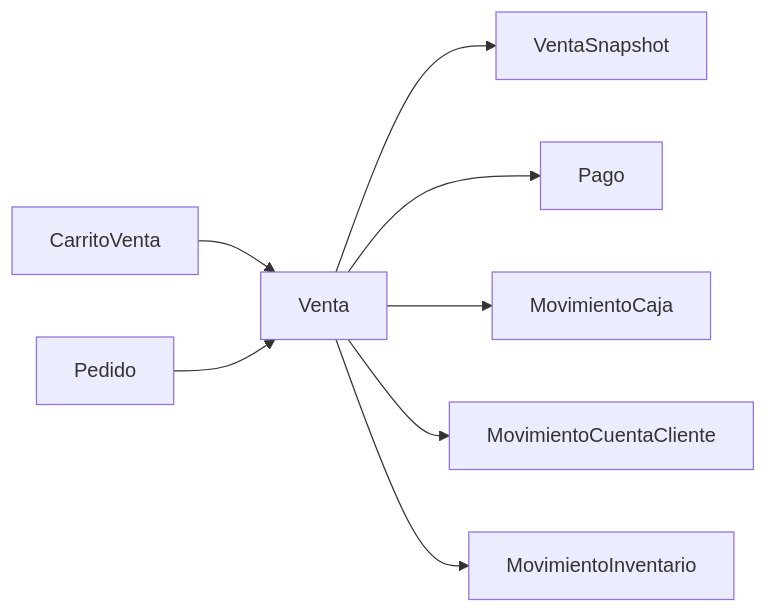
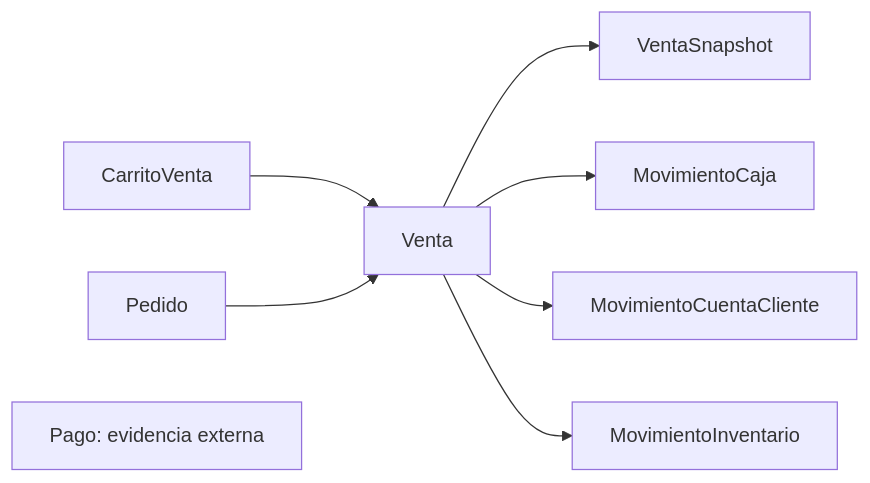
The diagram in src/docs/ventas/modelo-vigente.md (yelsino/yolafresh-utils), drawn with Mermaid before and after one commit. The commit also changed other lines of this file and 31 other files, not shown here.

````diff
--- a/src/docs/ventas/modelo-vigente.md
+++ b/src/docs/ventas/modelo-vigente.md
@@ -154,10 +154,10 @@
 ```mermaid
 flowchart LR
   CarritoVenta --> Venta
   Pedido --> Venta
   Venta --> VentaSnapshot
-  Venta --> Pago
+  Pago[Pago: evidencia externa]
   Venta --> MovimientoCaja
   Venta --> MovimientoCuentaCliente
   Venta --> MovimientoInventario
 ```
````
